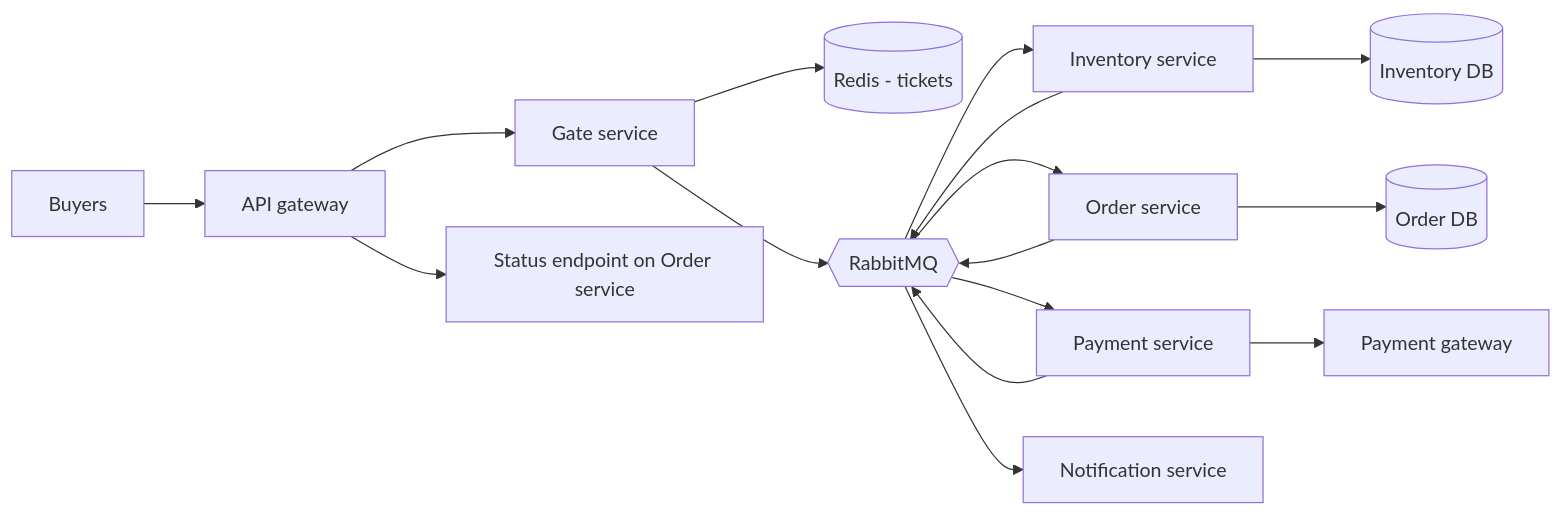
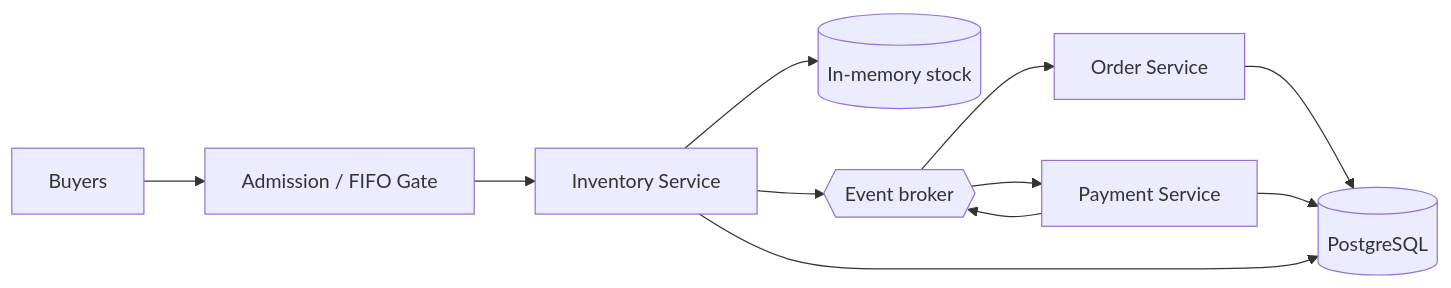
Before and after one commit to Iffrah992/Advanced-software-architecture-patterns: the seventh of 9 diagrams in architecture-patterns.md, drawn with Mermaid. The commit also changed other lines of this file, not shown here.

````diff
--- a/architecture-patterns.md
+++ b/architecture-patterns.md
@@ -335,18 +294,13 @@
 ```mermaid
 flowchart LR
-    B[Buyers] --> GW[API gateway]
-    GW --> GATE[Gate service]
-    GW --> STATUS[Status endpoint on Order service]
-    GATE --> REDIS[(Redis - tickets)]
-    GATE --> MQ{{RabbitMQ}}
-    MQ --> INV[Inventory service]
-    INV --> INVDB[(Inventory DB)]
-    INV --> MQ
-    MQ --> ORD[Order service]
-    ORD --> ORDDB[(Order DB)]
-    ORD --> MQ
-    MQ --> PAY[Payment service]
-    PAY --> BANK[Payment gateway]
-    PAY --> MQ
-    MQ --> NOTIF[Notification service]
+    B[Buyers] --> G[Admission / FIFO Gate]
+    G --> INV[Inventory Service]
+    INV --> MEM[(In-memory stock)]
+    INV --> E{{Event broker}}
+    E --> ORD[Order Service]
+    E --> PAY[Payment Service]
+    PAY --> E
+    ORD --> DB[(PostgreSQL)]
+    PAY --> DB
+    INV --> DB
 ```
````
